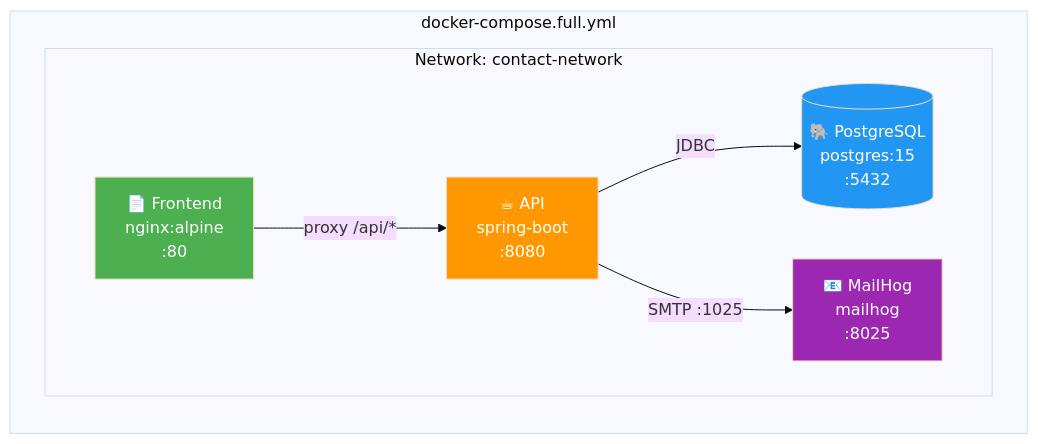
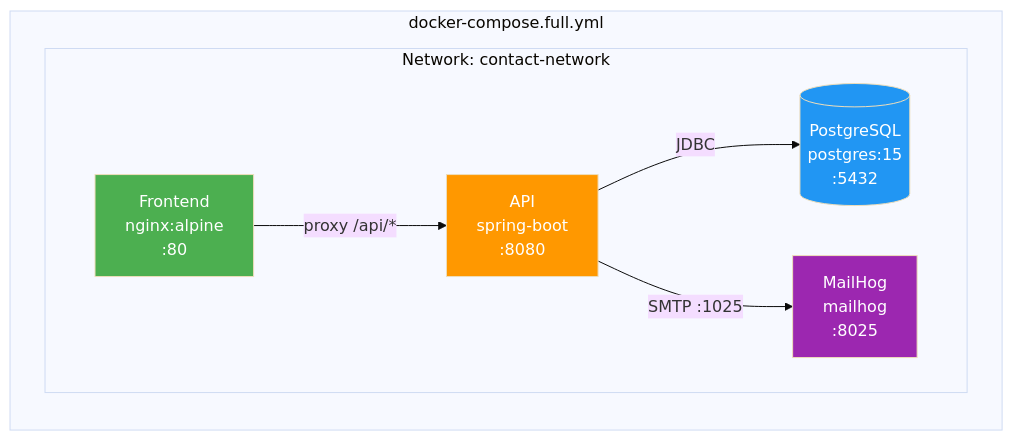
The fourth of 9 diagrams in troubleshooting/20-deploiement-final-et-architecture-mermaid.md (hrhouma1/inskillflow-docs-formation-spring-boot-projet-e-contact-backend), drawn with Mermaid (base theme) before and after one commit. The commit also changed other lines of this file, not shown here.

````diff
--- a/troubleshooting/20-deploiement-final-et-architecture-mermaid.md
+++ b/troubleshooting/20-deploiement-final-et-architecture-mermaid.md
@@ -141,20 +141,20 @@
 ```mermaid
 graph LR
     subgraph "docker-compose.full.yml"
         subgraph "Network: contact-network"
-            F[📄 Frontend<br/>nginx:alpine<br/>:80]
-            A[☕ API<br/>spring-boot<br/>:8080]
-            D[(🐘 PostgreSQL<br/>postgres:15<br/>:5432)]
-            M[📧 MailHog<br/>mailhog<br/>:8025]
+            F[Frontend<br/>nginx:alpine<br/>:80]
+            A[API<br/>spring-boot<br/>:8080]
+            D[(PostgreSQL<br/>postgres:15<br/>:5432)]
+            M[MailHog<br/>mailhog<br/>:8025]
         end
     end
 
     F -->|proxy /api/*| A
     A -->|JDBC| D
     A -->|SMTP :1025| M
 
     style F fill:#4CAF50,color:#fff
     style A fill:#FF9800,color:#fff
     style D fill:#2196F3,color:#fff
     style M fill:#9C27B0,color:#fff
 ```
````
